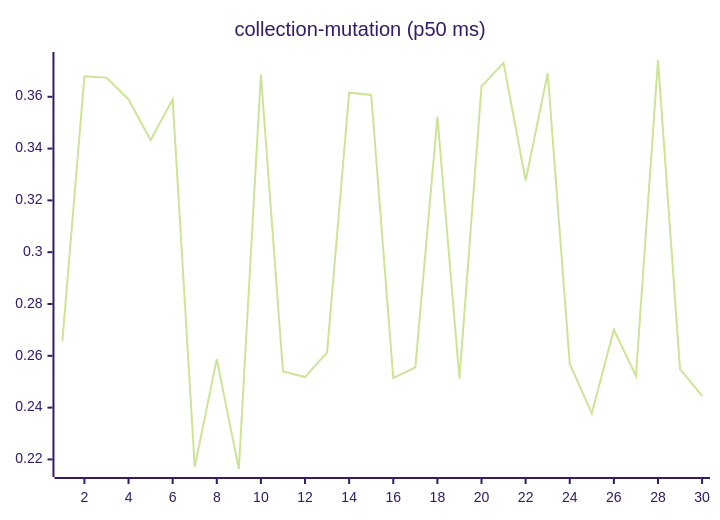
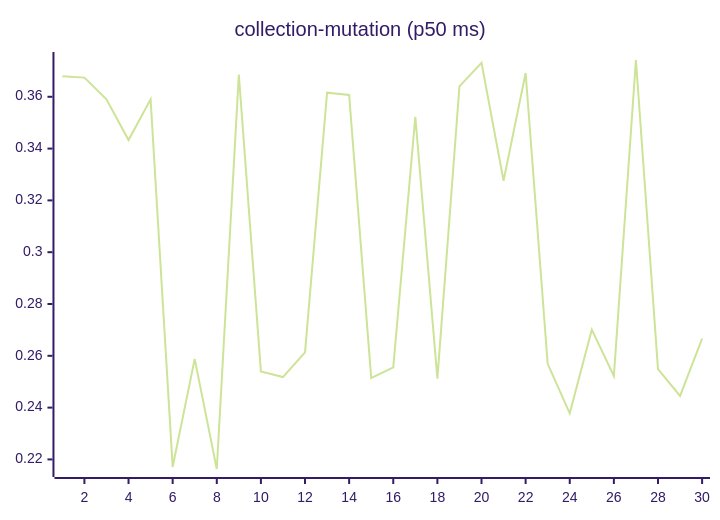
The sixth of 27 diagrams in README.md (josha/Facet), drawn with Mermaid (forest theme) before and after one commit. The commit also changed other lines of this file and 2 other files, not shown here.

````diff
--- a/README.md
+++ b/README.md
@@ -98,6 +98,6 @@
 ```mermaid
 xychart-beta
     title "collection-mutation (p50 ms)"
     x-axis 1 --> 30
-    line [0.2657, 0.3679, 0.3674, 0.3590, 0.3433, 0.3590, 0.2171, 0.2588, 0.2163, 0.3686, 0.2540, 0.2518, 0.2613, 0.3616, 0.3607, 0.2514, 0.2555, 0.3523, 0.2512, 0.3640, 0.3731, 0.3276, 0.3692, 0.2569, 0.2378, 0.2701, 0.2522, 0.3742, 0.2549, 0.2445]
+    line [0.3679, 0.3674, 0.3590, 0.3433, 0.3590, 0.2171, 0.2588, 0.2163, 0.3686, 0.2540, 0.2518, 0.2613, 0.3616, 0.3607, 0.2514, 0.2555, 0.3523, 0.2512, 0.3640, 0.3731, 0.3276, 0.3692, 0.2569, 0.2378, 0.2701, 0.2522, 0.3742, 0.2549, 0.2445, 0.2666]
 ```
````
